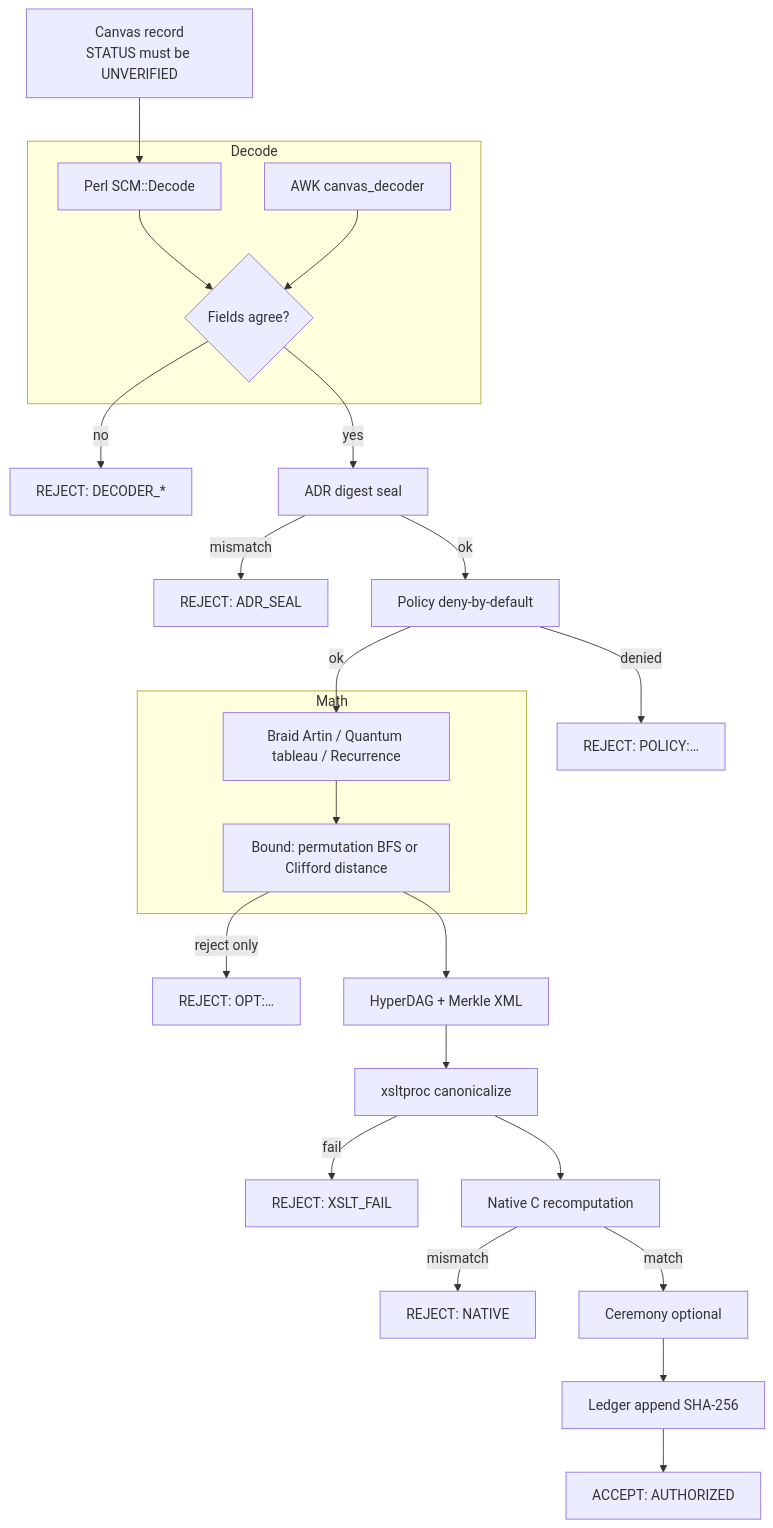
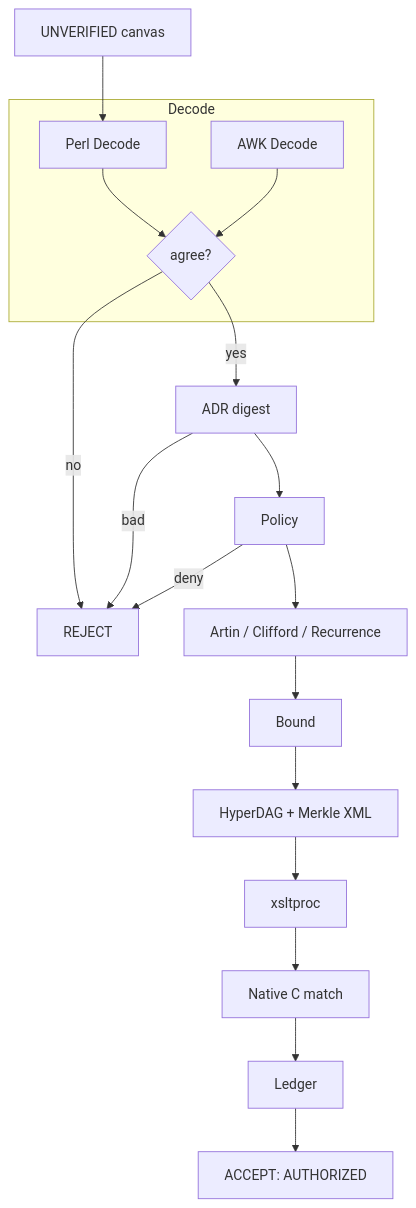
Before and after one commit to AHMADALIPARR/sovereign-canvas-machine: the second of 3 diagrams in README.md, drawn with Mermaid. The commit also changed other lines of this file and 1 other file, not shown here.

````diff
--- a/README.md
+++ b/README.md
@@ -100,38 +117,20 @@
 ```mermaid
 flowchart TB
-  IN[Canvas record<br/>STATUS must be UNVERIFIED] --> D1
-
+  IN[UNVERIFIED canvas] --> D1
   subgraph Decode
-    D1[Perl SCM::Decode]
-    D2[AWK canvas_decoder]
-    D1 --> AGREE{Fields agree?}
-    D2 --> AGREE
+    D1[Perl Decode] --> AGREE{agree?}
+    D2[AWK Decode] --> AGREE
   end
-
-  AGREE -->|no| R1[REJECT: DECODER_*]
-  AGREE -->|yes| ADR
-
-  ADR[ADR digest seal] -->|mismatch| R2[REJECT: ADR_SEAL]
-  ADR -->|ok| POL
-
-  POL[Policy deny-by-default] -->|denied| R3[REJECT: POLICY:…]
-  POL -->|ok| MATH
-
-  subgraph Math
-    MATH[Braid Artin / Quantum tableau / Recurrence]
-    BOUND[Bound: permutation BFS or Clifford distance]
-  end
-
-  MATH --> BOUND
-  BOUND -->|reject only| R4[REJECT: OPT:…]
-  BOUND --> HD
-
-  HD[HyperDAG + Merkle XML] --> XSLT[xsltproc canonicalize]
-  XSLT -->|fail| R5[REJECT: XSLT_FAIL]
-  XSLT --> C[Native C recomputation]
-  C -->|mismatch| R6[REJECT: NATIVE]
-  C -->|match| CER
-
-  CER[Ceremony optional] --> LED[Ledger append SHA-256]
+  AGREE -->|no| RX[REJECT]
+  AGREE -->|yes| ADR[ADR digest]
+  ADR -->|bad| RX
+  ADR --> POL[Policy]
+  POL -->|deny| RX
+  POL --> MATH[Artin / Clifford / Recurrence]
+  MATH --> BOUND[Bound]
+  BOUND --> HD[HyperDAG + Merkle XML]
+  HD --> XSLT[xsltproc]
+  XSLT --> C[Native C match]
+  C --> LED[Ledger]
   LED --> OK[ACCEPT: AUTHORIZED]
 ```
````
